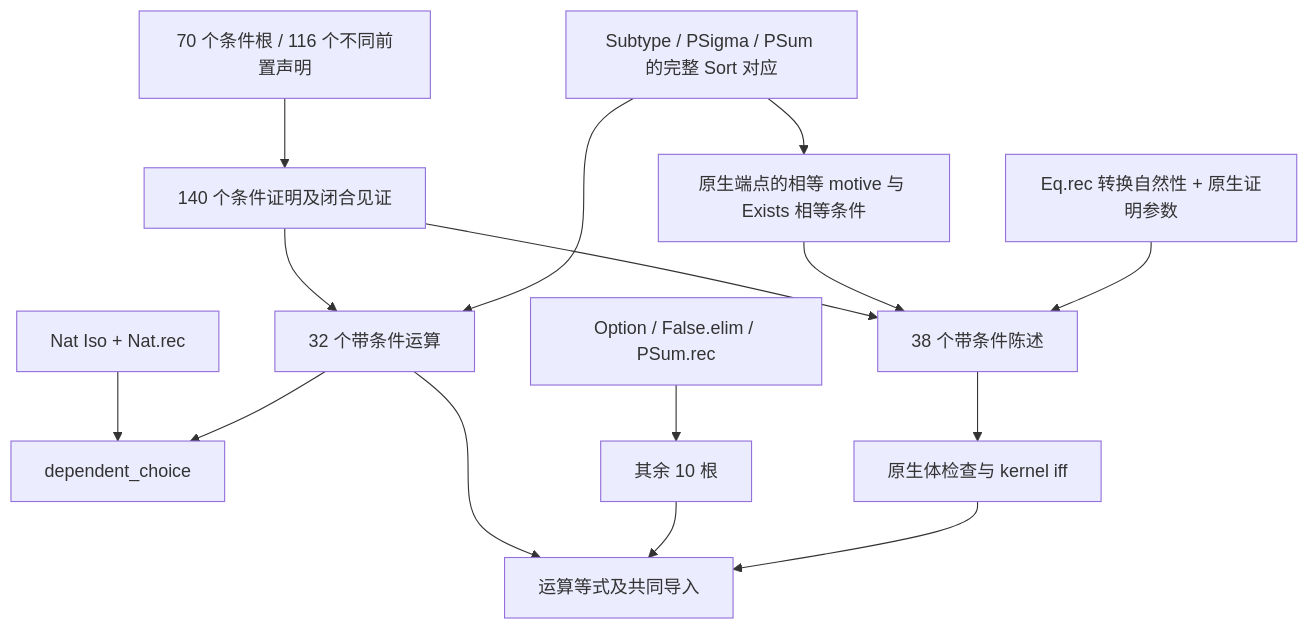
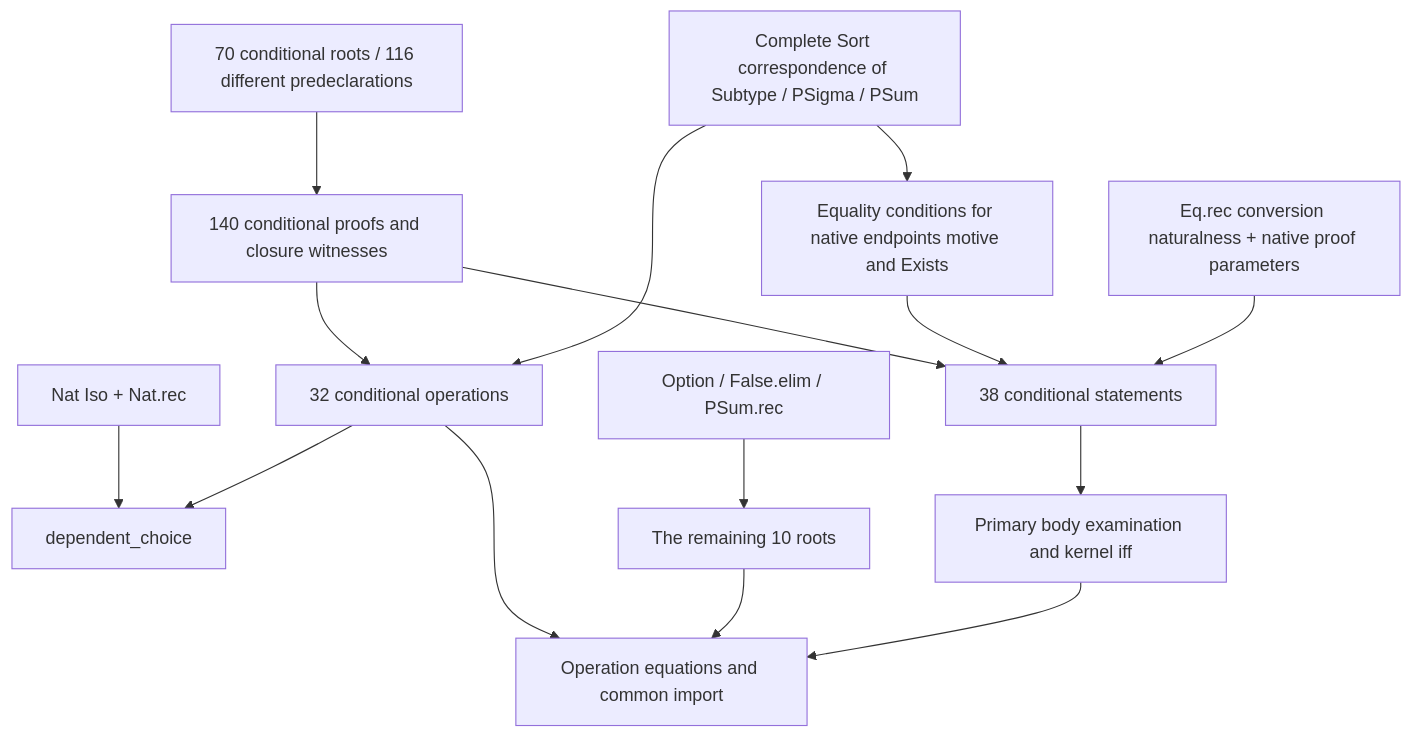
Before and after one commit to jackooo-dddd/rocq-core: the third of 26 diagrams in experiments/incremental-correspondence-20261019/DAG.md, drawn with Mermaid. The commit also changed other lines of this file and 701 other files, not shown here.

````diff
--- a/experiments/incremental-correspondence-20261019/DAG.md
+++ b/experiments/incremental-correspondence-20261019/DAG.md
@@ -235,17 +235,17 @@
 ```mermaid
 flowchart TD
-  A["70 个条件根 / 116 个不同前置声明"] --> B["140 个条件证明及闭合见证"]
-  B --> C["32 个带条件运算"]
-  B --> D["38 个带条件陈述"]
-  E["Subtype / PSigma / PSum 的完整 Sort 对应"] --> C
-  E --> F["原生端点的相等 motive 与 Exists 相等条件"]
+  A["70 conditional roots / 116 different predeclarations"] --> B["140 conditional proofs and closure witnesses"]
+  B --> C["32 conditional operations"]
+  B --> D["38 conditional statements"]
+  E["Complete Sort correspondence of Subtype / PSigma / PSum"] --> C
+  E --> F["Equality conditions for native endpoints motive and Exists"]
   F --> D
-  G["Eq.rec 转换自然性 + 原生证明参数"] --> D
+  G["Eq.rec conversion naturalness + native proof parameters"] --> D
   H["Nat Iso + Nat.rec"] --> I["dependent_choice"]
   C --> I
-  J["Option / False.elim / PSum.rec"] --> K["其余 10 根"]
-  D --> L["原生体检查与 kernel iff"]
-  C --> M["运算等式及共同导入"]
+  J["Option / False.elim / PSum.rec"] --> K["The remaining 10 roots"]
+  D --> L["Primary body examination and kernel iff"]
+  C --> M["Operation equations and common import"]
   K --> M
   L --> M
 ```
````
